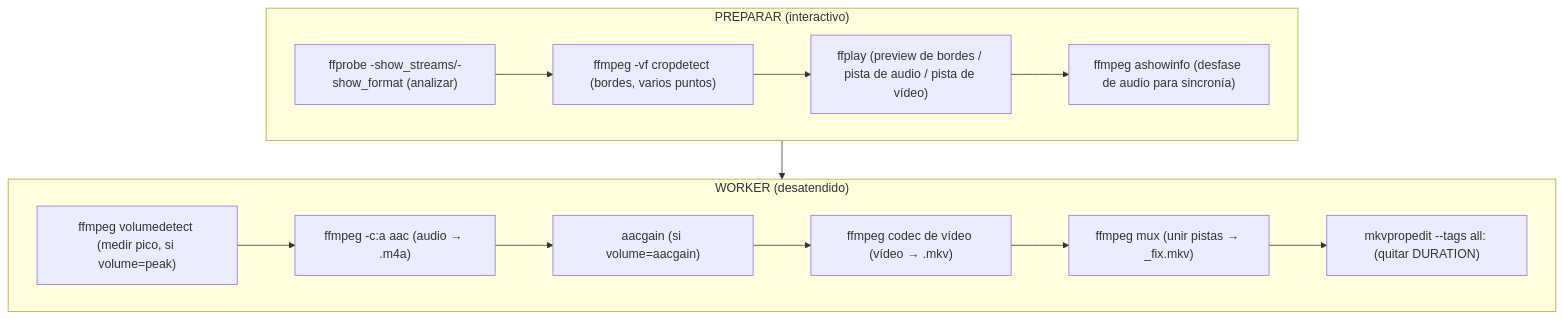
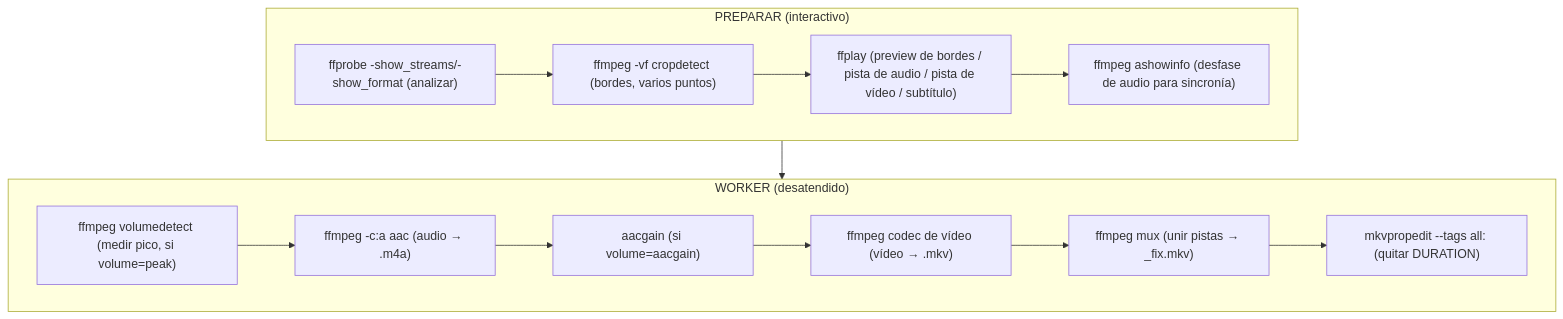
The diagram in docs/comandos.md (vsc55/ConversorVideoCMD), drawn with Mermaid before and after one commit. The commit also changed other lines of this file and 12 other files, not shown here.

````diff
--- a/docs/comandos.md
+++ b/docs/comandos.md
@@ -7,16 +7,16 @@
 ```mermaid
 flowchart TD
     subgraph PREP["PREPARAR (interactivo)"]
       P1["ffprobe -show_streams/-show_format (analizar)"] --> P2["ffmpeg -vf cropdetect (bordes, varios puntos)"]
-      P2 --> P3["ffplay (preview de bordes / pista de audio / pista de vídeo)"]
+      P2 --> P3["ffplay (preview de bordes / pista de audio / pista de vídeo / subtítulo)"]
       P3 --> P4["ffmpeg ashowinfo (desfase de audio para sincronía)"]
     end
     subgraph WORK["WORKER (desatendido)"]
       W1["ffmpeg volumedetect (medir pico, si volume=peak)"] --> W2["ffmpeg -c:a aac (audio → .m4a)"]
       W2 --> WA["aacgain (si volume=aacgain)"]
       WA --> W3["ffmpeg codec de vídeo (vídeo → .mkv)"]
       W3 --> W4["ffmpeg mux (unir pistas → _fix.mkv)"]
       W4 --> W5["mkvpropedit --tags all: (quitar DURATION)"]
     end
     PREP --> WORK
 ```
````
